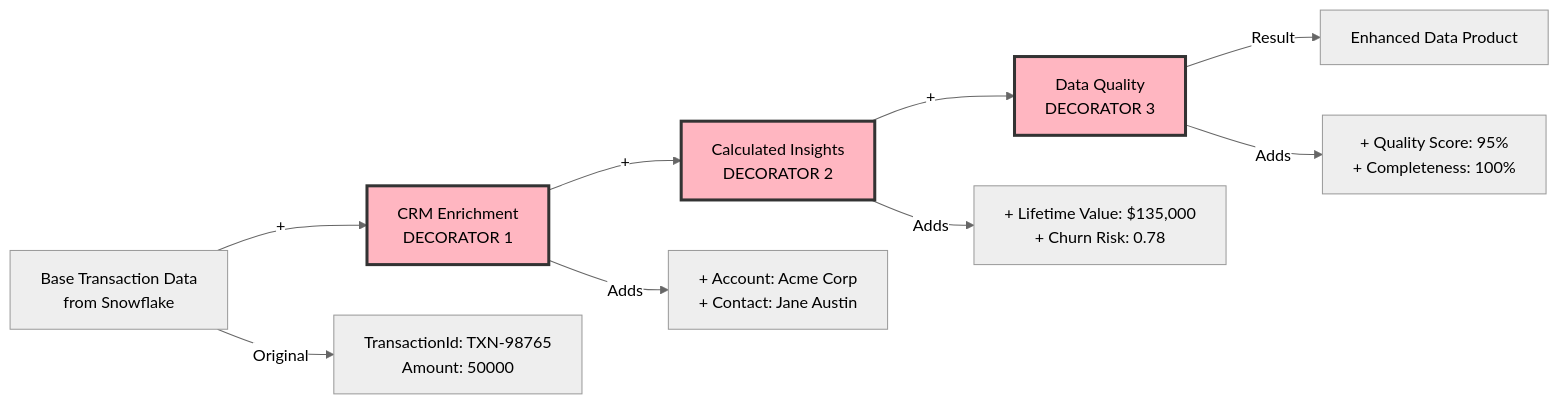
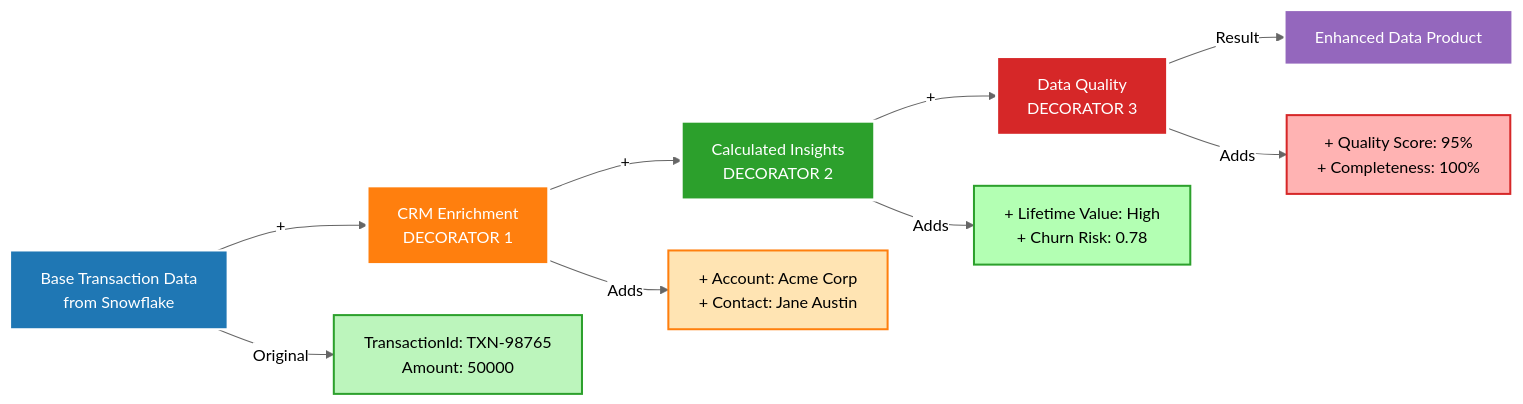
Before and after one commit to arupsarkar-sfdc/Misc: diagram 13 of 20 in README_DataCloud_Patterns_Data_Examples.md, drawn with Mermaid (neutral theme). The commit also changed other lines of this file and 1 other file, not shown here.

````diff
--- a/README_DataCloud_Patterns_Data_Examples.md
+++ b/README_DataCloud_Patterns_Data_Examples.md
@@ -1981,16 +3641,22 @@
 ```mermaid
 graph LR
     Base[Base Transaction Data<br/>from Snowflake] -->|+| D1[CRM Enrichment<br/>DECORATOR 1]
     D1 -->|+| D2[Calculated Insights<br/>DECORATOR 2]
     D2 -->|+| D3[Data Quality<br/>DECORATOR 3]
     D3 -->|Result| Enhanced[Enhanced Data Product]
     
     Base -->|Original| Raw["TransactionId: TXN-98765<br/>Amount: 50000"]
     D1 -->|Adds| CRM["+ Account: Acme Corp<br/>+ Contact: Jane Austin"]
-    D2 -->|Adds| Calc["+ Lifetime Value: $135,000<br/>+ Churn Risk: 0.78"]
+    D2 -->|Adds| Calc["+ Lifetime Value: High<br/>+ Churn Risk: 0.78"]
     D3 -->|Adds| QC["+ Quality Score: 95%<br/>+ Completeness: 100%"]
     
-    style D1 fill:#FFB6C1,stroke:#333,stroke-width:3px
-    style D2 fill:#FFB6C1,stroke:#333,stroke-width:3px
-    style D3 fill:#FFB6C1,stroke:#333,stroke-width:3px
+    style Base fill:#1f77b4,stroke:#ffffff,stroke-width:2px,color:#ffffff
+    style D1 fill:#ff7f0e,stroke:#ffffff,stroke-width:3px,color:#ffffff
+    style D2 fill:#2ca02c,stroke:#ffffff,stroke-width:3px,color:#ffffff
+    style D3 fill:#d62728,stroke:#ffffff,stroke-width:3px,color:#ffffff
+    style Enhanced fill:#9467bd,stroke:#ffffff,stroke-width:2px,color:#ffffff
+    style Raw fill:#bcf5bc,stroke:#2ca02c,stroke-width:2px,color:#000000
+    style CRM fill:#ffe4b3,stroke:#ff7f0e,stroke-width:2px,color:#000000
+    style Calc fill:#b3ffb3,stroke:#2ca02c,stroke-width:2px,color:#000000
+    style QC fill:#ffb3b3,stroke:#d62728,stroke-width:2px,color:#000000
 ```
````
